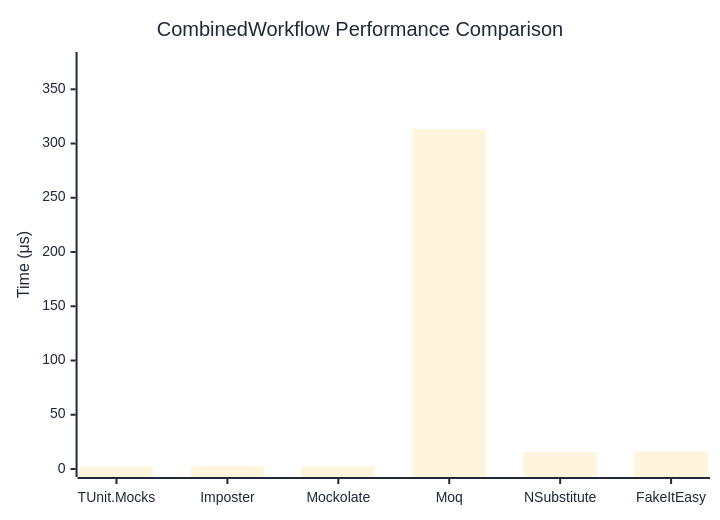
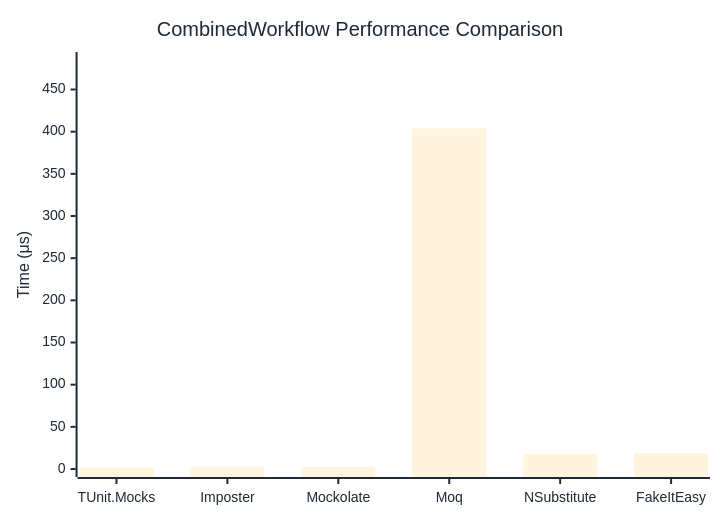
Before and after one commit to thomhurst/TUnit: the diagram in docs/docs/benchmarks/mocks/CombinedWorkflow.md, drawn with Mermaid. The commit also changed other lines of this file and 14 other files, not shown here.

````diff
--- a/docs/docs/benchmarks/mocks/CombinedWorkflow.md
+++ b/docs/docs/benchmarks/mocks/CombinedWorkflow.md
@@ -28,27 +28,27 @@
 ```mermaid
 %%{init: {
   'theme':'base',
   'themeVariables': {
     'primaryColor': '#2563eb',
     'primaryTextColor': '#1f2937',
     'primaryBorderColor': '#1e40af',
     'lineColor': '#6b7280',
     'secondaryColor': '#7c3aed',
     'tertiaryColor': '#dc2626',
     'background': '#ffffff',
     'pie1': '#2563eb',
     'pie2': '#7c3aed',
     'pie3': '#dc2626',
     'pie4': '#f59e0b',
     'pie5': '#10b981',
     'pie6': '#06b6d4',
     'pie7': '#ec4899',
     'pie8': '#6366f1'
   }
 }}%%
 xychart-beta
   title "CombinedWorkflow Performance Comparison"
   x-axis ["TUnit.Mocks", "Imposter", "Mockolate", "Moq", "NSubstitute", "FakeItEasy"]
-  y-axis "Time (μs)" 0 --> 377
-  bar [2.025, 2.608, 2.442, 313.37, 15.844, 16.379]
+  y-axis "Time (μs)" 0 --> 485
+  bar [1.95, 2.77, 2.506, 404.073, 17.942, 18.805]
 ```
````
